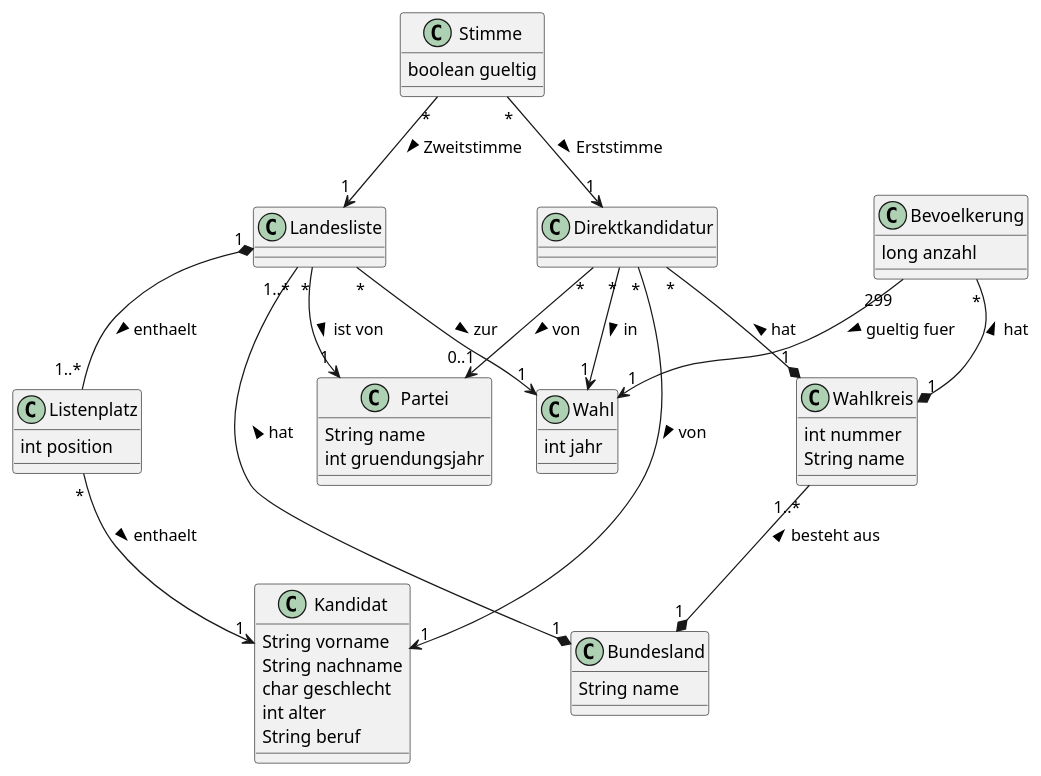
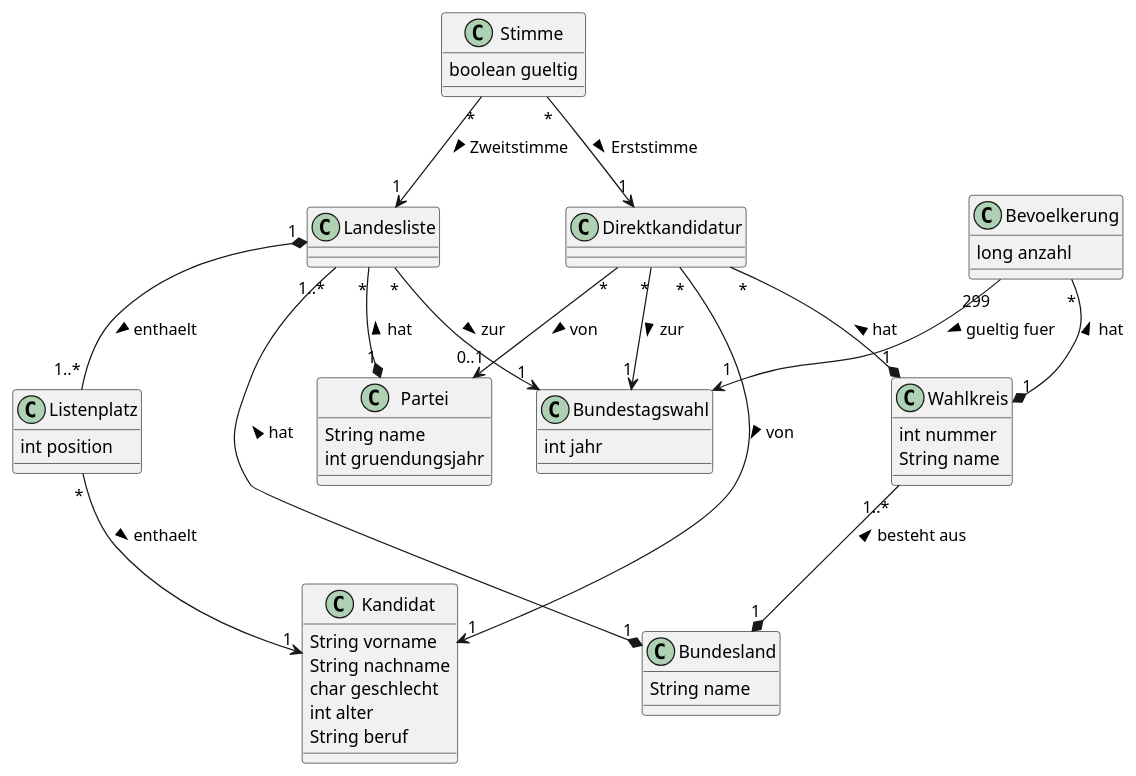
One commit to Toemmsche/database-systems-project-mirror changed the diagram in Blatt1/Aufgabe3.puml. Above: the diagram before and after it, drawn with PlantUML. The commit also changed 1 other file, not shown here.

```diff
--- a/Blatt1/Aufgabe3.puml
+++ b/Blatt1/Aufgabe3.puml
@@ -1,71 +1,66 @@
 @startuml
-
 class Kandidat {
     String vorname
     String nachname
     char geschlecht
     int alter
     String beruf
 }
 
 class Bundesland {
     String name
 }
 
 class Partei {
     String name
     int gruendungsjahr
 }
 
-class Wahl {
+class Bundestagswahl{
    int jahr
 }
 
 class Bevoelkerung {
     long anzahl
 }
 
 class Landesliste {
 }
 
 
 class Listenplatz {
     int position
 }
 
-
 class Wahlkreis {
     int nummer
     String name
 }
 
 class Stimme {
     boolean gueltig
 }
 
 class Direktkandidatur {
 }
 
-
 Landesliste "1..*" --* "1" Bundesland : < hat
-Landesliste "*" --> "1" Partei : ist von >
-Landesliste "*" --> "1" Wahl : zur >
-
+Landesliste "*" --* "1" Partei : < hat
+Landesliste "*" --> "1" Bundestagswahl: zur >
 
 Landesliste "1" *-- "1..*" Listenplatz : enthaelt >
 Listenplatz "*" --> "1" Kandidat : enthaelt >
 
 Wahlkreis "1..*" --* "1" Bundesland : besteht aus <
 
 Bevoelkerung "*" --* "1" Wahlkreis : < hat
-Bevoelkerung "299" --> "1" Wahl : gueltig fuer >
-
+Bevoelkerung "299" --> "1" Bundestagswahl: gueltig fuer >
 
 Direktkandidatur "*" --> "1" Kandidat : von >
 Direktkandidatur "*" --* "1" Wahlkreis : < hat
 Direktkandidatur "*" --> "0..1" Partei : von >
-Direktkandidatur "*" --> "1" Wahl : in >
+Direktkandidatur "*" --> "1" Bundestagswahl: zur >
 
 Stimme "*" --> "1" Direktkandidatur : Erststimme >
 Stimme "*" --> "1" Landesliste : Zweitstimme >
 @enduml
```
